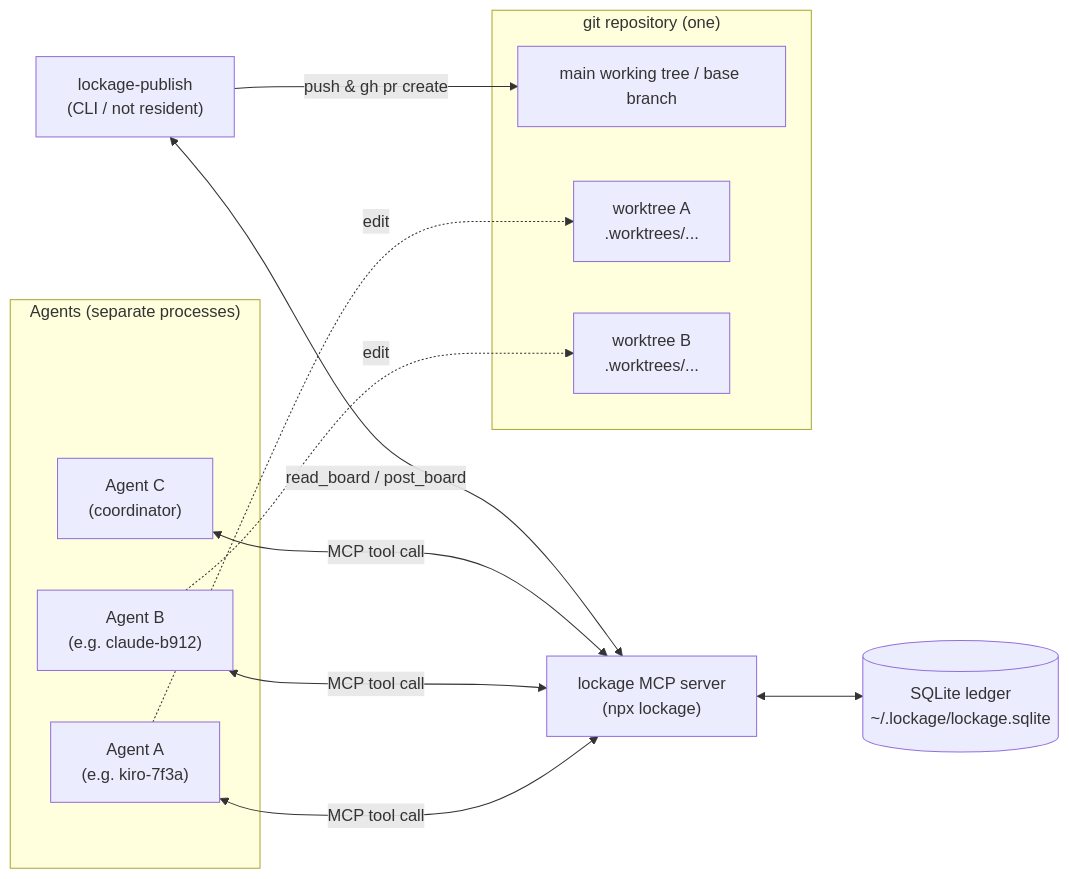
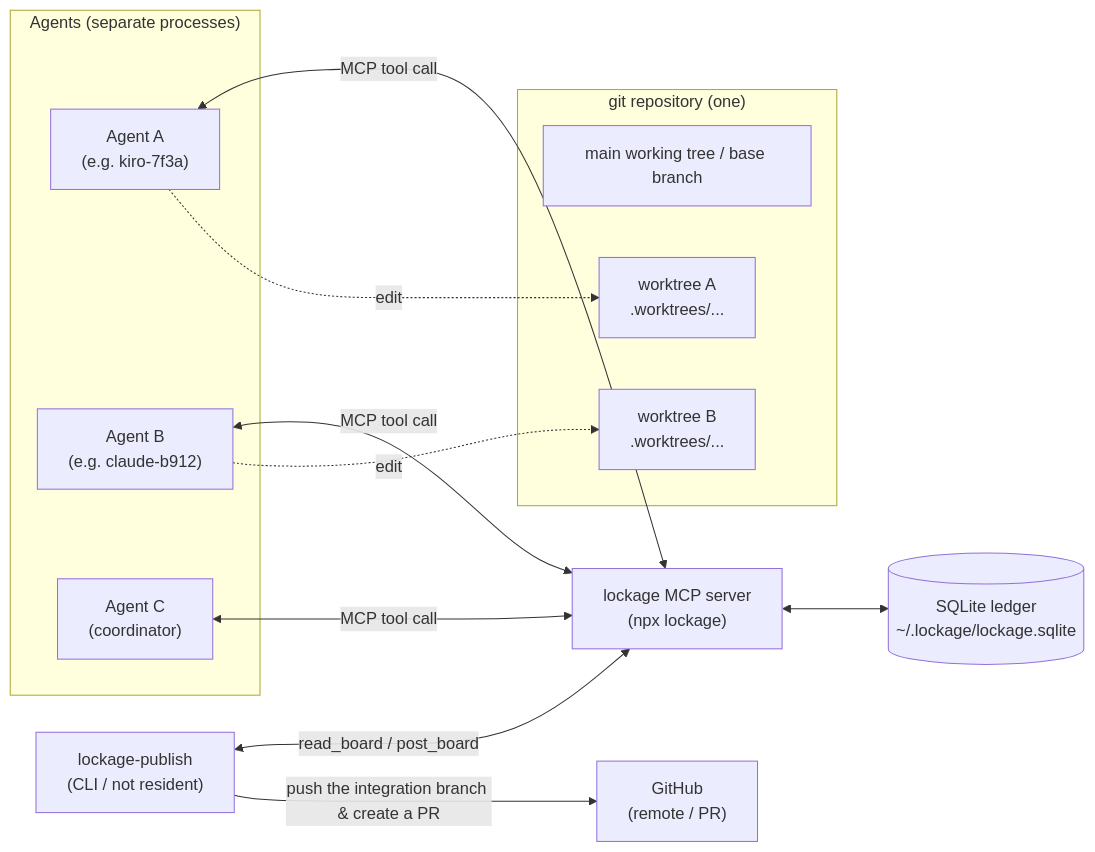
Before and after one commit to tacck/lockage: the first of 9 diagrams in docs/overview.md, drawn with Mermaid. The commit also changed other lines of this file and 1 other file, not shown here.

````diff
--- a/docs/overview.md
+++ b/docs/overview.md
@@ -17,28 +17,29 @@
 ```mermaid
 flowchart LR
     subgraph agents["Agents (separate processes)"]
         A1["Agent A<br/>(e.g. kiro-7f3a)"]
         A2["Agent B<br/>(e.g. claude-b912)"]
         A3["Agent C<br/>(coordinator)"]
     end
 
     MCP["lockage MCP server<br/>(npx lockage)"]
     DB[("SQLite ledger<br/>~/.lockage/lockage.sqlite")]
 
     subgraph repo["git repository (one)"]
         MAIN["main working tree / base branch"]
         WTA["worktree A<br/>.worktrees/..."]
         WTB["worktree B<br/>.worktrees/..."]
     end
 
     PUB["lockage-publish<br/>(CLI / not resident)"]
+    GH["GitHub<br/>(remote / PR)"]
 
     A1 <-->|MCP tool call| MCP
     A2 <-->|MCP tool call| MCP
     A3 <-->|MCP tool call| MCP
     MCP <--> DB
     A1 -.edit.-> WTA
     A2 -.edit.-> WTB
     PUB <-->|read_board / post_board| MCP
-    PUB -->|push & gh pr create| MAIN
+    PUB -->|push the integration branch & create a PR| GH
 ```
````
